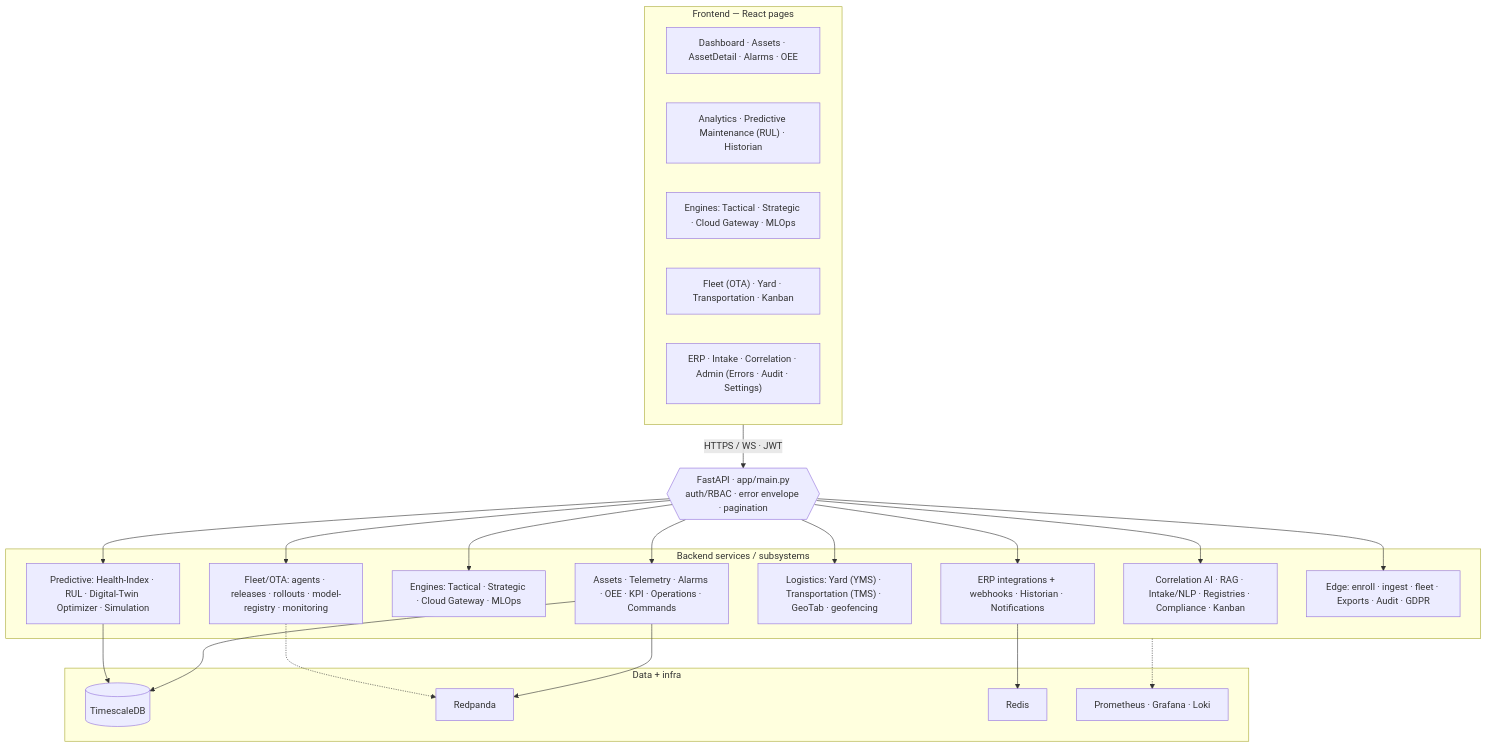
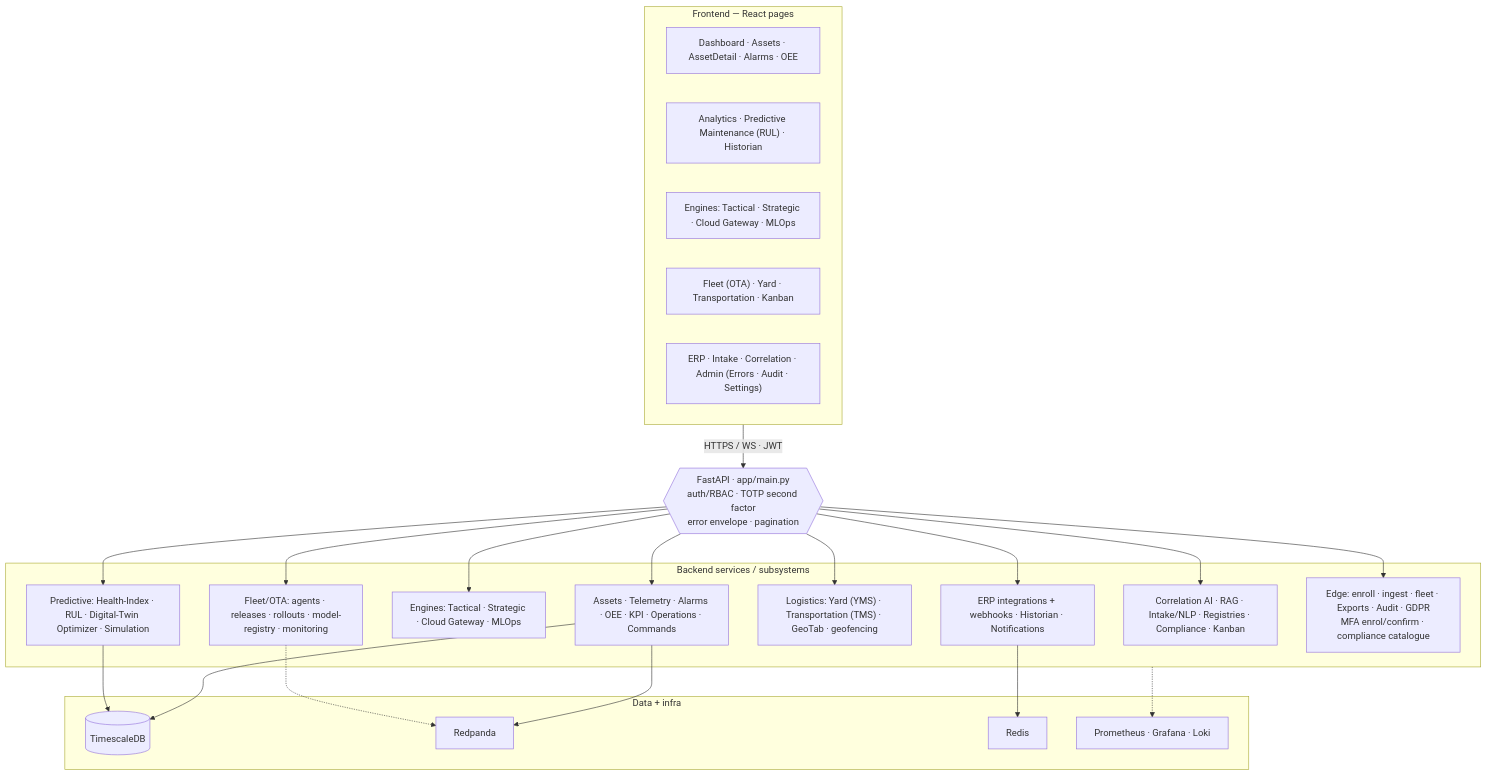
Before and after one commit to SoundSafe-Dev/OmniusGrid-X: the second of 4 diagrams in README.md, drawn with Mermaid. The commit also changed other lines of this file and 5 other files, not shown here.

````diff
--- a/README.md
+++ b/README.md
@@ -769,39 +800,39 @@
 ```mermaid
 flowchart TB
     subgraph FEP["Frontend — React pages"]
         P1["Dashboard · Assets · AssetDetail · Alarms · OEE"]
         P2["Analytics · Predictive Maintenance (RUL) · Historian"]
         P3["Engines: Tactical · Strategic · Cloud Gateway · MLOps"]
         P4["Fleet (OTA) · Yard · Transportation · Kanban"]
         P5["ERP · Intake · Correlation · Admin (Errors · Audit · Settings)"]
     end
 
-    API{{"FastAPI · app/main.py<br/>auth/RBAC · error envelope · pagination"}}
+    API{{"FastAPI · app/main.py<br/>auth/RBAC · TOTP second factor<br/>error envelope · pagination"}}
 
     subgraph SVC["Backend services / subsystems"]
         A["Assets · Telemetry · Alarms · OEE · KPI · Operations · Commands"]
         B["Predictive: Health-Index · RUL · Digital-Twin Optimizer · Simulation"]
         C["Engines: Tactical · Strategic · Cloud Gateway · MLOps"]
         D["Fleet/OTA: agents · releases · rollouts · model-registry · monitoring"]
         E["Logistics: Yard (YMS) · Transportation (TMS) · GeoTab · geofencing"]
         F["ERP integrations + webhooks · Historian · Notifications"]
         G["Correlation AI · RAG · Intake/NLP · Registries · Compliance · Kanban"]
-        H["Edge: enroll · ingest · fleet · Exports · Audit · GDPR"]
+        H["Edge: enroll · ingest · fleet · Exports · Audit · GDPR<br/>MFA enrol/confirm · compliance catalogue"]
     end
 
     subgraph INFRA["Data + infra"]
         TS[("TimescaleDB")]
         RP2["Redpanda"]
         RED["Redis"]
         OBS["Prometheus · Grafana · Loki"]
     end
 
     FEP -->|"HTTPS / WS · JWT"| API
     API --> A & B & C & D & E & F & G & H
     A --> TS
     A --> RP2
     F --> RED
     B --> TS
     D -.-> RP2
     SVC -.-> OBS
 ```
````
